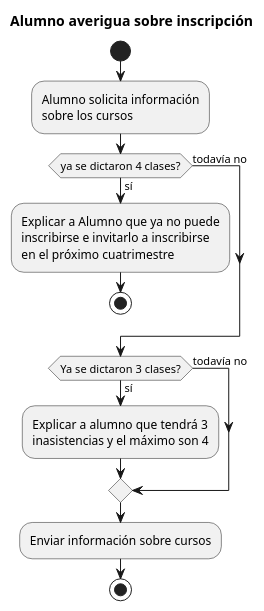
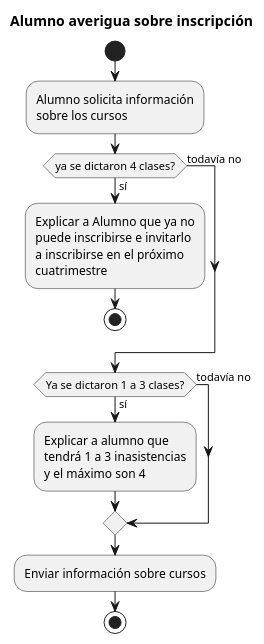
One commit to esteban4321duran/americana-docs changed the diagram in alumno_averigua_inscripcion.pu. Above: the diagram before and after it, drawn with PlantUML. The commit also changed 1 other file, not shown here.

```diff
--- a/alumno_averigua_inscripcion.pu
+++ b/alumno_averigua_inscripcion.pu
@@ -1,21 +1,23 @@
 @startuml
 title Alumno averigua sobre inscripción
 start
 :Alumno solicita información
 sobre los cursos;
 if (ya se dictaron 4 clases?) then (sí)
-	:Explicar a Alumno que ya no puede
-	inscribirse e invitarlo a inscribirse
-	en el próximo cuatrimestre;
+	:Explicar a Alumno que ya no
+	puede inscribirse e invitarlo
+	a inscribirse en el próximo
+	cuatrimestre;
 	stop
 else (todavía no)
 endif
 
-if (Ya se dictaron 3 clases?) then (sí)
-	:Explicar a alumno que tendrá 3
-	inasistencias y el máximo son 4;
+if (Ya se dictaron 1 a 3 clases?) then (sí)
+	:Explicar a alumno que
+	tendrá 1 a 3 inasistencias
+	y el máximo son 4;
 else (todavía no)
 endif
 :Enviar información sobre cursos;
 stop
 @enduml
```
